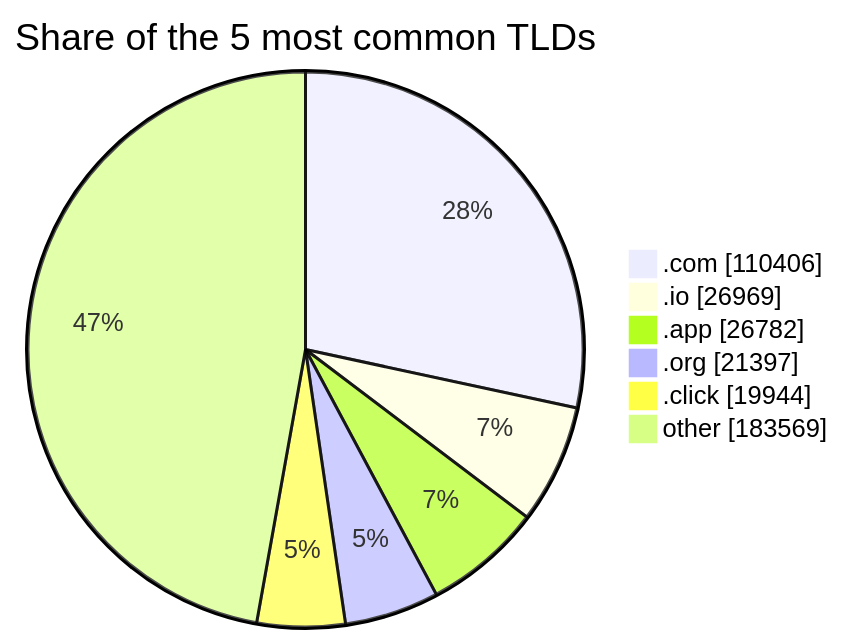
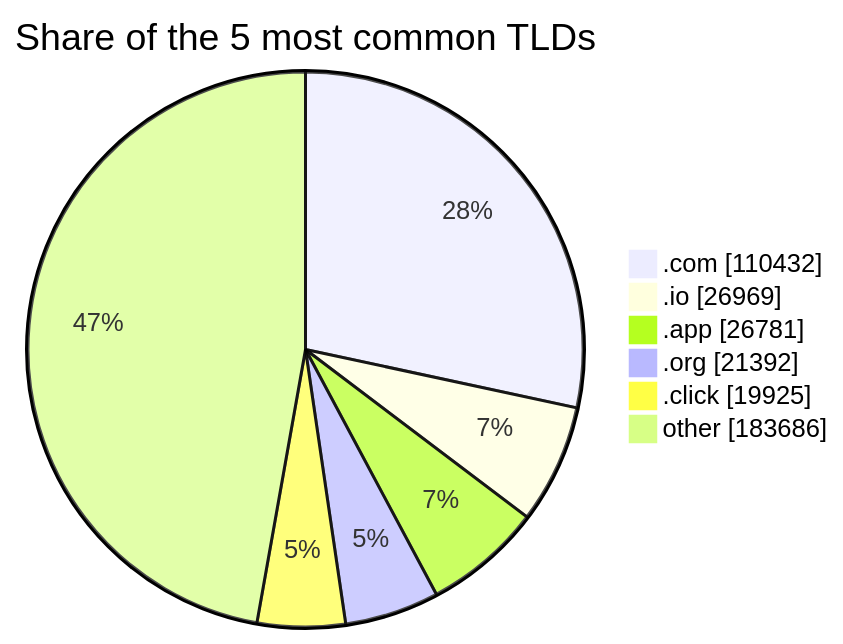
One commit to DNSBunker/CTI changed the third of 3 diagrams in README.md. Above: the diagram before and after it, drawn with Mermaid. The commit also changed other lines of this file and 3 other files, not shown here.

````diff
--- a/README.md
+++ b/README.md
@@ -81,9 +81,9 @@
 ```mermaid
 pie showData title Share of the 5 most common TLDs
-    ".com" : 110406
+    ".com" : 110432
     ".io" : 26969
-    ".app" : 26782
-    ".org" : 21397
-    ".click" : 19944
-    "other" : 183569
+    ".app" : 26781
+    ".org" : 21392
+    ".click" : 19925
+    "other" : 183686
 ```
````
